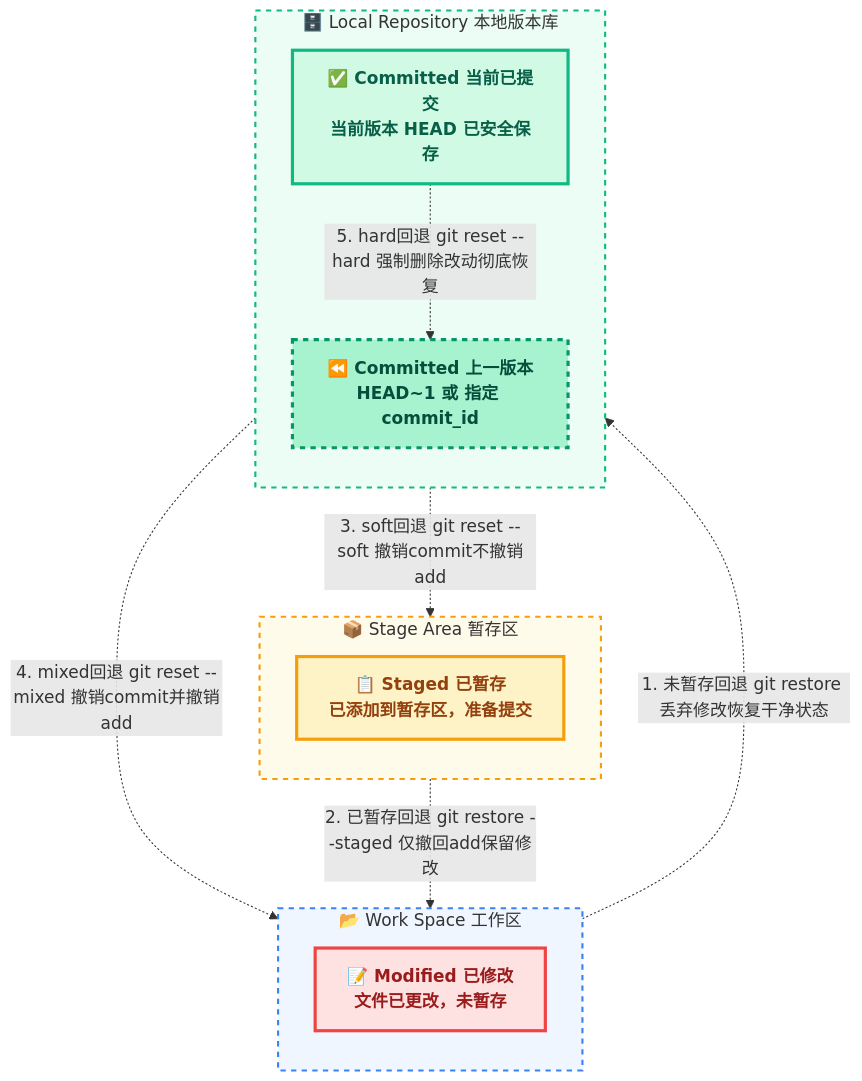
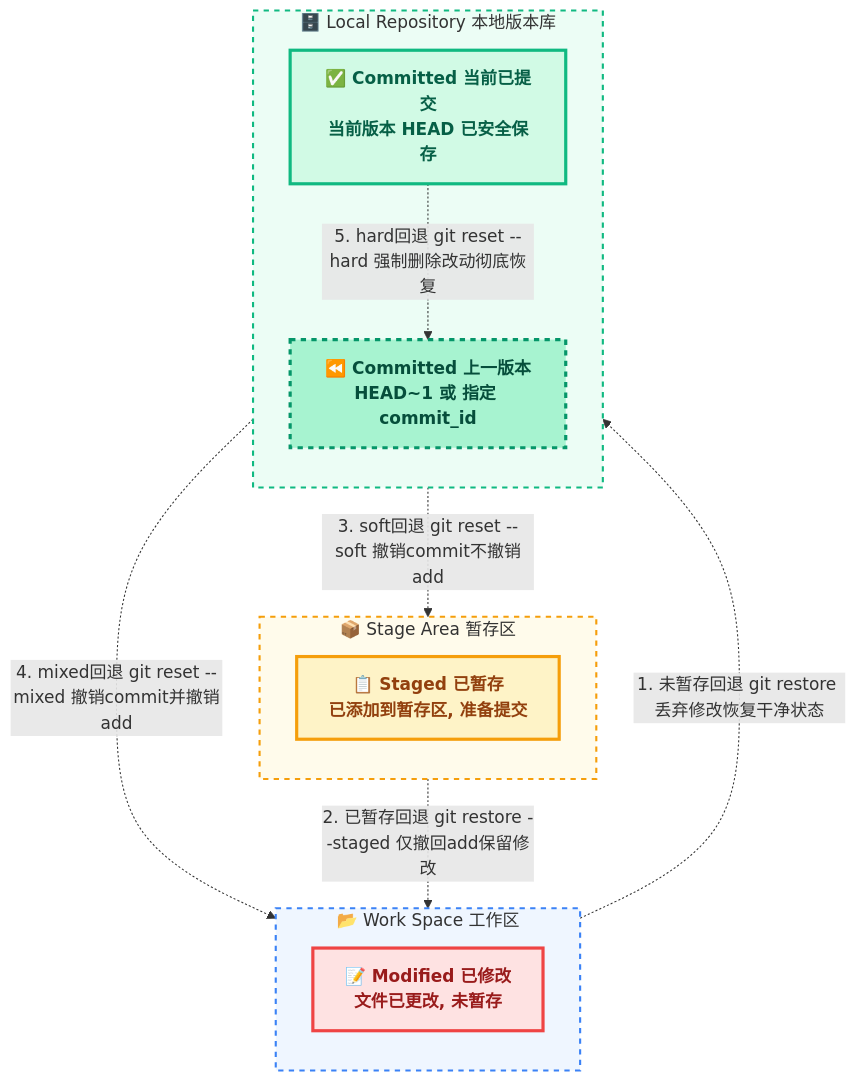
Before and after one commit to dmjcb/dmjcb.github.io: the third of 23 diagrams in _posts/software/git/2024-09-24-git使用.md, drawn with Mermaid. The commit also changed other lines of this file and 12 other files, not shown here.

````diff
--- a/_posts/software/git/2024-09-24-git使用.md
+++ b/_posts/software/git/2024-09-24-git使用.md
@@ -287,57 +287,57 @@
 ```mermaid
 flowchart TB
     %% 区域背景样式
     classDef bg_ws fill:#eff6ff,stroke:#3b82f6,stroke-width:2px,stroke-dasharray: 5 5;
     classDef bg_sa fill:#fffbeb,stroke:#f59e0b,stroke-width:2px,stroke-dasharray: 5 5;
     classDef bg_lr fill:#ecfdf5,stroke:#10b981,stroke-width:2px,stroke-dasharray: 5 5;
 
     %% 状态节点样式
     classDef state_m fill:#fee2e2,stroke:#ef4444,stroke-width:3px,color:#991b1b,font-weight:bold;
     classDef state_s fill:#fef3c7,stroke:#f59e0b,stroke-width:3px,color:#92400e,font-weight:bold;
     classDef state_c fill:#d1fae5,stroke:#10b981,stroke-width:3px,color:#065f46,font-weight:bold;
     classDef state_c_prev fill:#a7f3d0,stroke:#059669,stroke-width:3px,color:#064e3b,font-weight:bold,stroke-dasharray: 5 5;
 
     subgraph WS_Sub ["📂 Work Space 工作区"]
         direction TB
-        M["📝 Modified 已修改\n文件已更改，未暂存"]
+        M["📝 Modified 已修改\n文件已更改, 未暂存"]
     end
 
     subgraph SA_Sub ["📦 Stage Area 暂存区"]
         direction TB
-        S["📋 Staged 已暂存\n已添加到暂存区，准备提交"]
+        S["📋 Staged 已暂存\n已添加到暂存区, 准备提交"]
     end
 
     subgraph LR_Sub ["🗄️ Local Repository 本地版本库"]
         direction TB
         C["✅ Committed 当前已提交\n当前版本 HEAD 已安全保存"]
         C_Prev["⏪ Committed 上一版本\nHEAD~1 或 指定 commit_id"]
     end
 
     %% ================= 回退操作 逆向流转 使用虚线 =================
 
     %% 1. 未暂存回退
     M -. "1. 未暂存回退 git restore 丢弃修改恢复干净状态" .-> C
 
     %% 2. 已暂存回退
     S -. "2. 已暂存回退 git restore --staged 仅撤回add保留修改" .-> M
 
     %% 3. 已 commit 回退 --soft
     C -. "3. soft回退 git reset --soft 撤销commit不撤销add" .-> S
     
     %% 4. 已 commit 回退 --mixed
     C -. "4. mixed回退 git reset --mixed 撤销commit并撤销add" .-> M
     
     %% 5. 已 commit 回退 --hard
     C -. "5. hard回退 git reset --hard 强制删除改动彻底恢复" .-> C_Prev
 
     %% 应用样式
     class WS_Sub bg_ws;
     class SA_Sub bg_sa;
     class LR_Sub bg_lr;
     
     class M state_m;
     class S state_s;
     class C state_c;
     class C_Prev state_c_prev;
 
 ```
````
